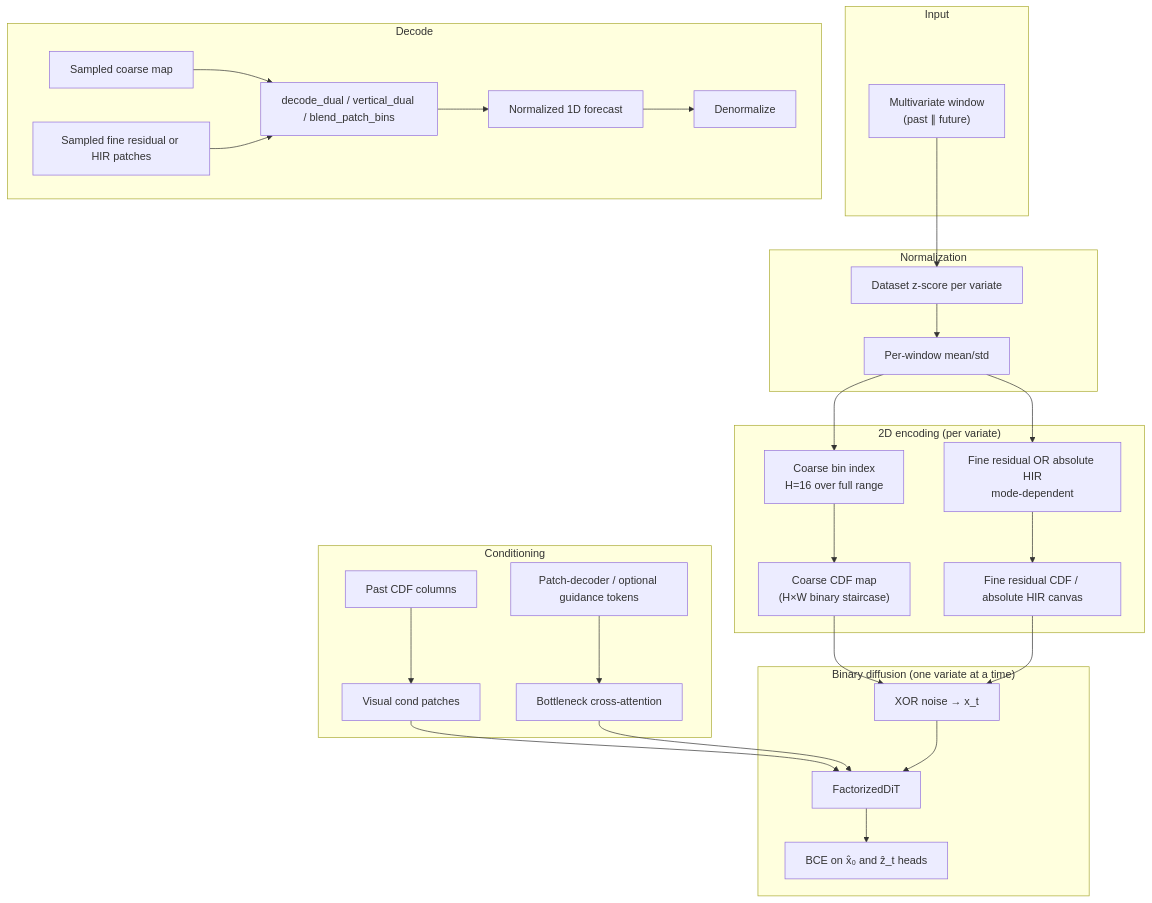
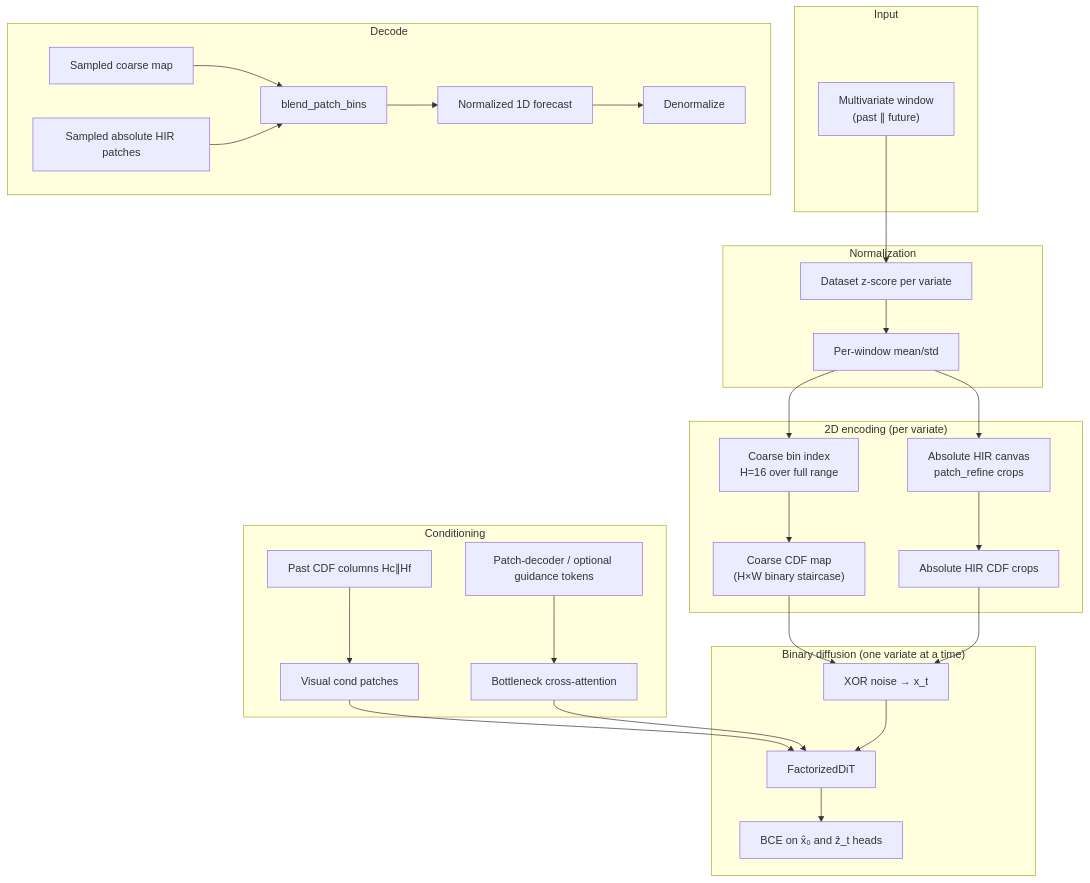
Before and after one commit to CalvinKCao/ts-sandbox: the second of 2 diagrams in architecture.md, drawn with Mermaid. The commit also changed other lines of this file and 11 other files, not shown here.

First line of the commit message:
C: gut residual fine/vertical/channel paths

````diff
--- a/architecture.md
+++ b/architecture.md
@@ -60,40 +61,40 @@
 ```mermaid
 flowchart TB
     subgraph Input
         TS["Multivariate window<br/>(past ∥ future)"]
     end
 
     subgraph Norm["Normalization"]
         DS[Dataset z-score per variate]
         WN[Per-window mean/std]
         TS --> DS --> WN
     end
 
     subgraph Encode["2D encoding (per variate)"]
         WN --> CB[Coarse bin index<br/>H=16 over full range]
-        WN --> FB[Fine residual OR absolute HIR<br/>mode-dependent]
+        WN --> FB[Absolute HIR canvas<br/>patch_refine crops]
         CB --> CM["Coarse CDF map<br/>(H×W binary staircase)"]
-        FB --> FM["Fine residual CDF / absolute HIR canvas"]
+        FB --> FM["Absolute HIR CDF crops"]
     end
 
     subgraph Cond["Conditioning"]
-        PM[Past CDF columns] --> COND[Visual cond patches]
+        PM[Past CDF columns Hc∥Hf] --> COND[Visual cond patches]
         GD[Patch-decoder / optional guidance tokens] --> XATTN[Bottleneck cross-attention]
     end
 
     subgraph Diff["Binary diffusion (one variate at a time)"]
         CM --> XD["XOR noise → x_t"]
         FM --> XD
         COND --> DiT[FactorizedDiT]
         XATTN --> DiT
         XD --> DiT
         DiT --> OUT["BCE on x̂₀ and ẑ_t heads"]
     end
 
     subgraph Decode["Decode"]
-        SC[Sampled coarse map] --> DD[decode_dual / vertical_dual / blend_patch_bins]
-        SF[Sampled fine residual or HIR patches] --> DD
+        SC[Sampled coarse map] --> DD[blend_patch_bins]
+        SF[Sampled absolute HIR patches] --> DD
         DD --> VAL[Normalized 1D forecast]
         VAL --> DN[Denormalize]
     end
 ```
````
